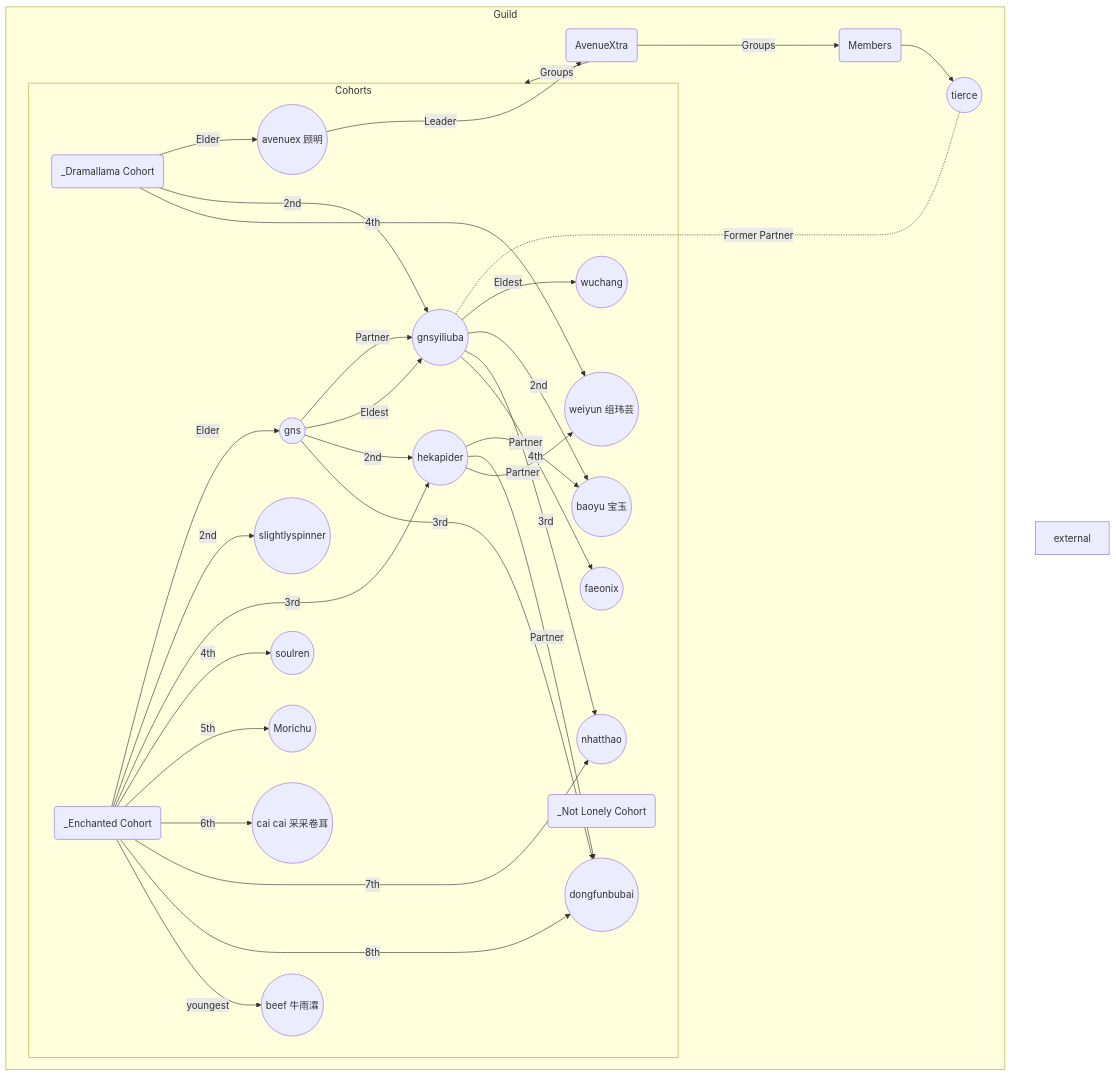
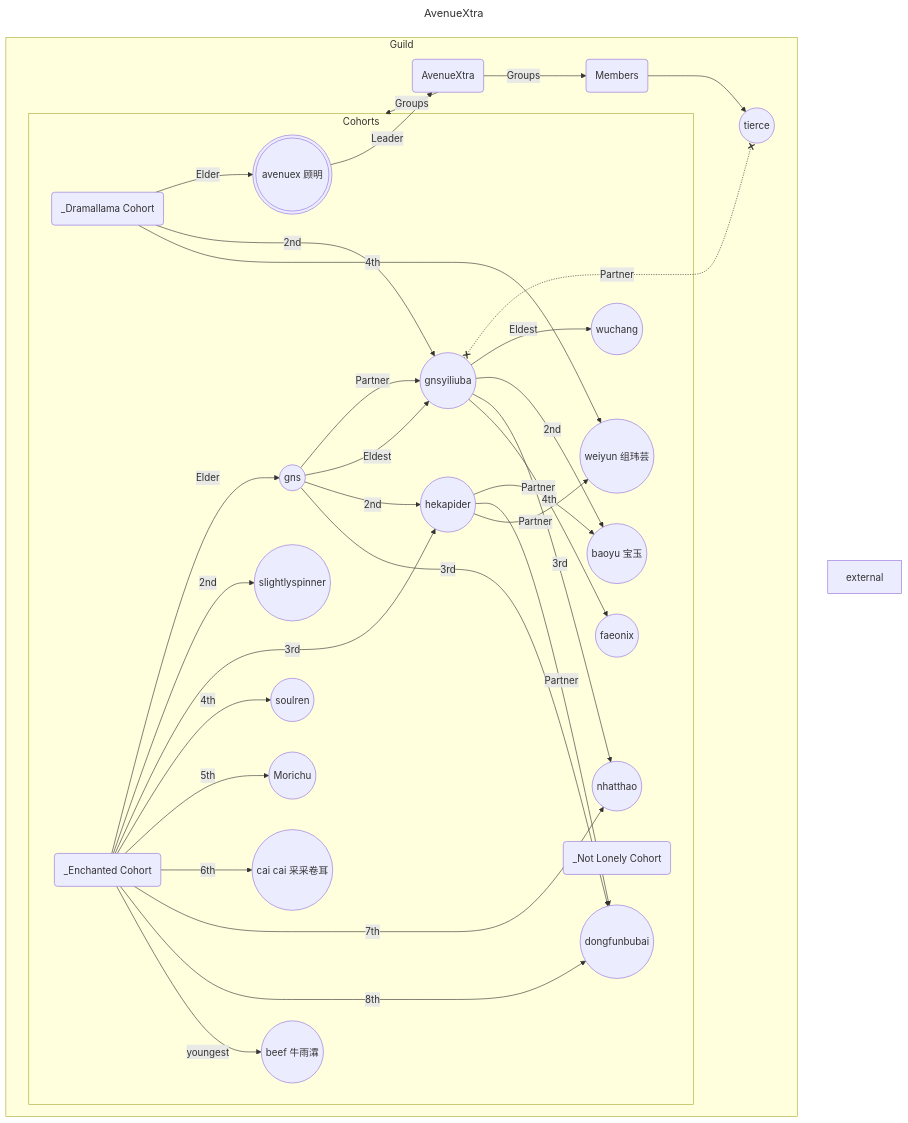
The diagram in content/Guild/AvenueXtra.md (gns168/wwm168), drawn with Mermaid before and after one commit.

Commit message:
Quartz sync: Jun 20, 2026, 8:47 PM

````diff
--- a/content/Guild/AvenueXtra.md
+++ b/content/Guild/AvenueXtra.md
@@ -13,68 +13,71 @@
 ```mermaid
-graph TB
+---
+title: AvenueXtra
+config:
+look: handDrawn
+theme: neutral
+---
+flowchart TB
 
-l((avenuex 顾明))
+l(((avenuex 顾明)))
 g(AvenueXtra)
 c1(_Dramallama Cohort)
 c2(_Enchanted Cohort)
 c3(_Not Lonely Cohort)
 m(Members)
 e[external]
 
 m1((gnsyiliuba))
 m2((gns))
 m3((tierce))
 m4((wuchang))
 m5((baoyu 宝玉))
 m6((nhatthao))
 m7((faeonix))
 m8((hekapider))
 m9((dongfunbubai))
 m10((weiyun 组玮芸))
 m11((slightlyspinner))
 m12((soulren))
 m13((Morichu))
 m14((cai cai 采采卷耳))
 m15((beef 牛雨瀮))
 
 l --> |Leader| g
-m1 -.- |Former Partner| m3
+m1 x-.-x |Partner| m3
 m2 --> |Partner| m1
 m2 --> |Eldest| m1
 m8 --> |Partner| m5((baoyu 宝玉))
 m8 --> |Partner| m9((dongfunbubai))
 m8 --> |Partner| m10((weiyun 组玮芸))
 
 subgraph Guild
-	g ---> |Groups| Cohorts & m
+	g --> |Groups| Cohorts & m
 	m --> m3
 	subgraph Cohorts
 		c1 --> |Elder| l
 			c1 --> |2nd| m1
 				m1 --> |Eldest| m4
 				m1 --> |2nd| m5
 				m1 --> |3rd| m6
 				m1 --> |4th| m7
 			c1 --> |4th| m10
 		c2 --> |Elder| m2
 				m2 --> |2nd| m8
 				m2 --> |3rd| m9
 			c2 --> |2nd| m11
 			c2 --> |3rd| m8
 			c2 --> |4th| m12
 			c2 --> |5th| m13
 			c2 --> |6th| m14
 			c2 --> |7th| m6
 			c2 --> |8th| m9
 			c2 --> |youngest| m15
 		c3
 	end
 end
 
 
-
-
-
 class g,c1,c2,c3,m,e internal-link
 class l,m1,m2,m3,m4,m5,m6,m7,m8,m9 internal-link
 ```
````
